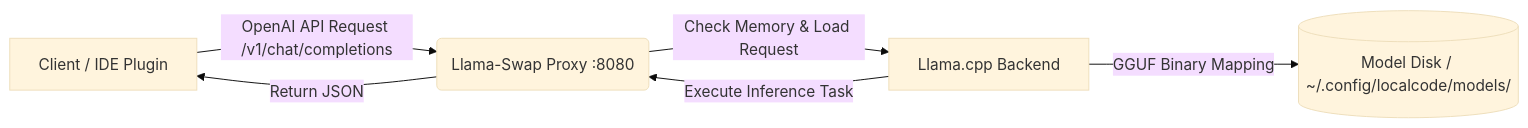
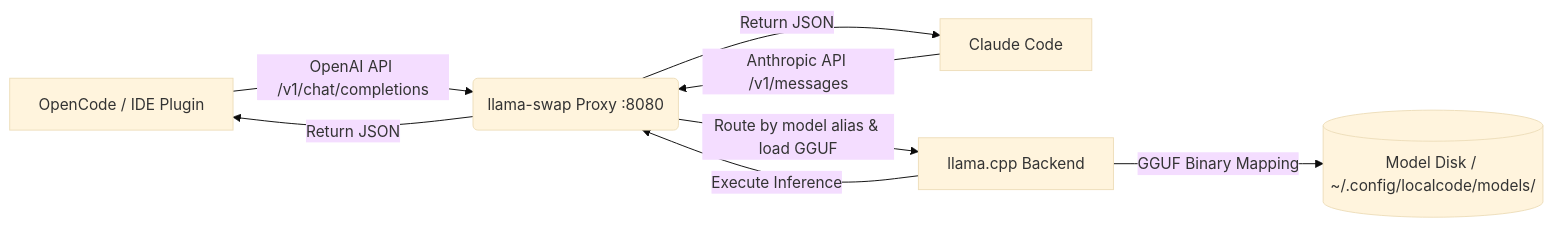
The diagram in README.md (thewulf7/localcode), drawn with Mermaid (base theme) before and after one commit. The commit also changed other lines of this file and 7 other files, not shown here.

````diff
--- a/README.md
+++ b/README.md
@@ -133,8 +135,10 @@
 ```mermaid
 graph LR
-    A[Client / IDE Plugin] -->|OpenAI API Request /v1/chat/completions| B(Llama-Swap Proxy :8080)
-    B -->|Check Memory & Load Request| C[Llama.cpp Backend]
+    A[OpenCode / IDE Plugin] -->|OpenAI API /v1/chat/completions| B(llama-swap Proxy :8080)
+    A2[Claude Code] -->|Anthropic API /v1/messages| B
+    B -->|Route by model alias & load GGUF| C[llama.cpp Backend]
     C -->|GGUF Binary Mapping| D[(Model Disk / ~/.config/localcode/models/)]
-    C -->|Execute Inference Task| B
+    C -->|Execute Inference| B
     B -->|Return JSON| A
+    B -->|Return JSON| A2
 ```
````
